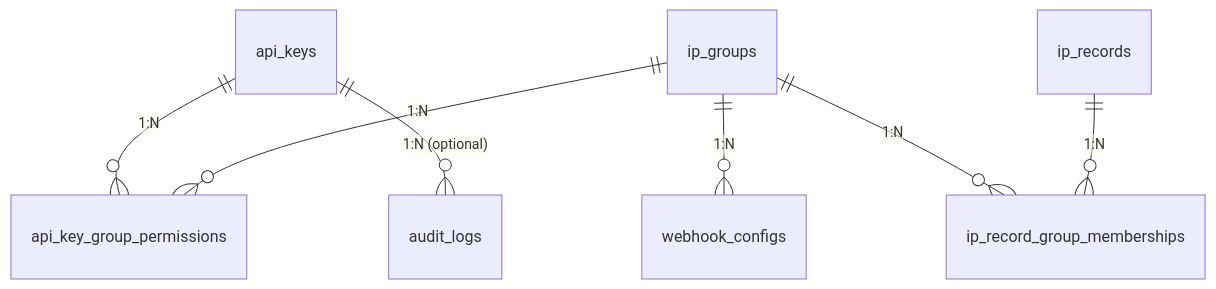
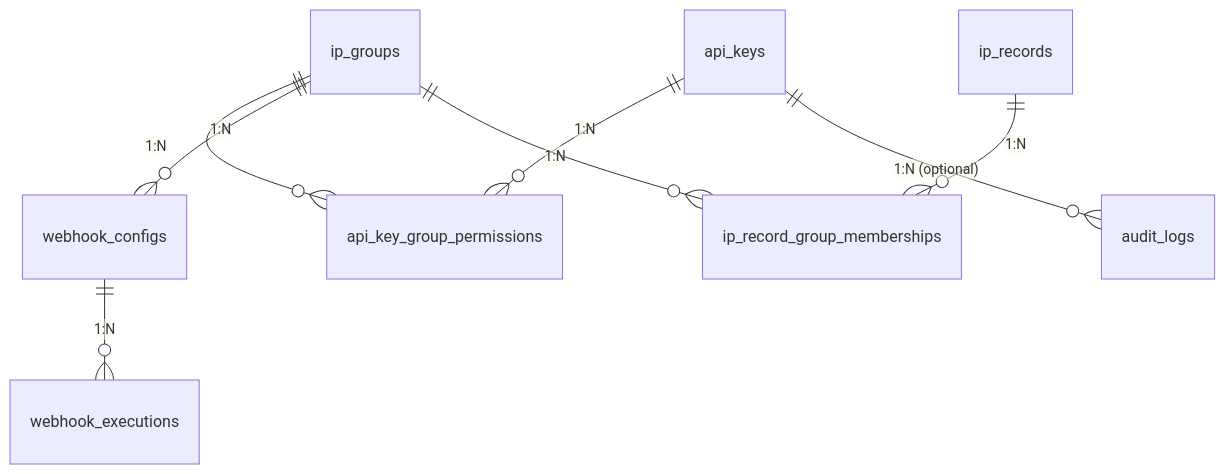
One commit to studyfranco/simply_firewall changed the diagram in SCHEMA.MD. Above: the diagram before and after it, drawn with Mermaid. The commit also changed other lines of this file and 19 other files, not shown here.

````diff
--- a/SCHEMA.MD
+++ b/SCHEMA.MD
@@ -11,9 +11,10 @@
 ```mermaid
 erDiagram
     api_keys ||--o{ api_key_group_permissions : "1:N"
     ip_groups ||--o{ api_key_group_permissions : "1:N"
     ip_groups ||--o{ webhook_configs : "1:N"
+    webhook_configs ||--o{ webhook_executions : "1:N"
     ip_groups ||--o{ ip_record_group_memberships : "1:N"
     ip_records ||--o{ ip_record_group_memberships : "1:N"
     api_keys ||--o{ audit_logs : "1:N (optional)"
 ```
````
